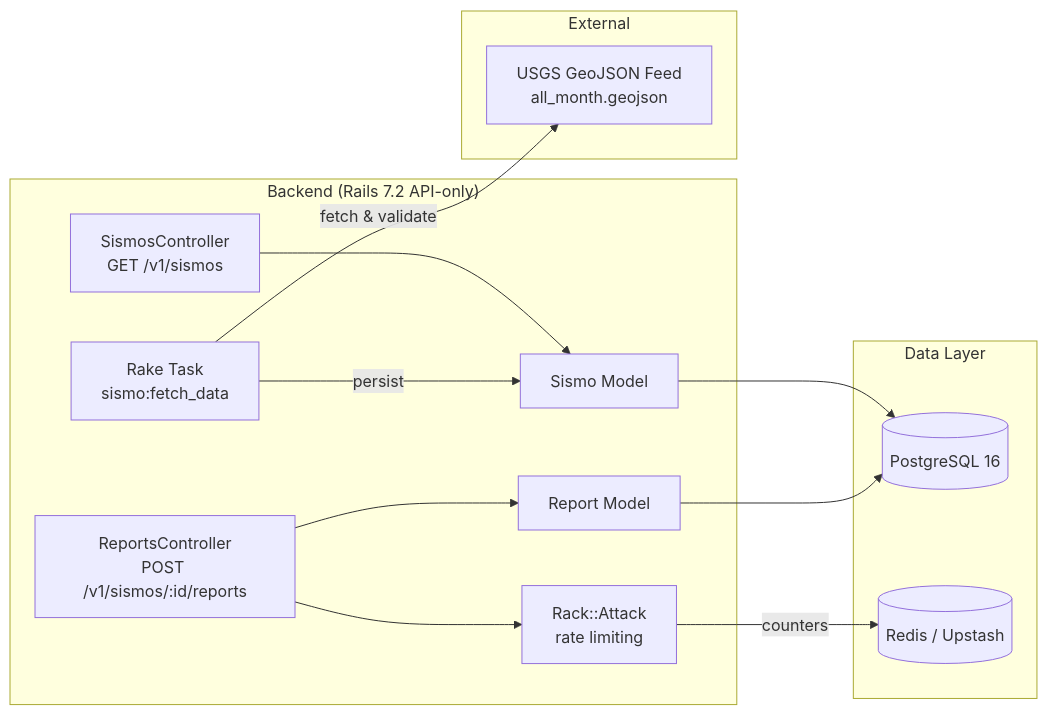
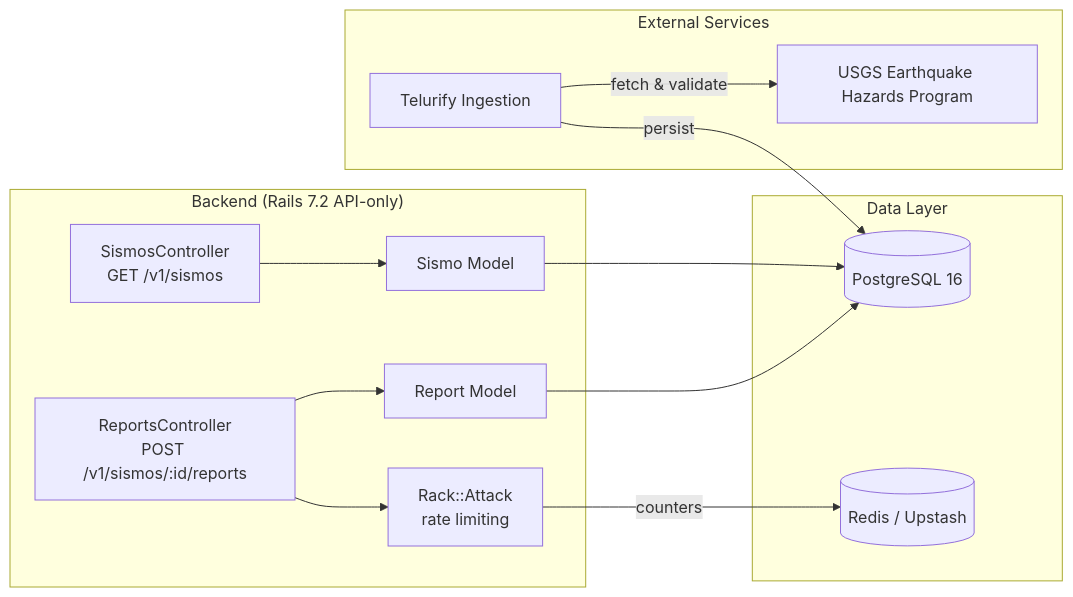
Before and after one commit to Euler-B/retoTecnicoFrogmi: the diagram in README.md, drawn with Mermaid. The commit also changed other lines of this file and 4 other files, not shown here.

Commit message:
chore: remove sismo data fetching task and related dependencies

````diff
--- a/README.md
+++ b/README.md
@@ -11,29 +11,29 @@
 ```mermaid
 flowchart LR
     subgraph Backend["Backend (Rails 7.2 API-only)"]
         RC[SismosController<br/>GET /v1/sismos]
         ReportsController[ReportsController<br/>POST /v1/sismos/:id/reports]
         SM[Sismo Model]
         RM[Report Model]
-        RT[Rake Task<br/>sismo:fetch_data]
         RA[Rack::Attack<br/>rate limiting]
     end
 
     subgraph Data["Data Layer"]
         PG[(PostgreSQL 16)]
         Redis[(Redis / Upstash)]
     end
 
-    subgraph External["External"]
-        USGS[USGS GeoJSON Feed<br/>all_month.geojson]
+    subgraph External["External Services"]
+        Ingestion[Telurify Ingestion]
+        USGS[USGS Earthquake Hazards Program]
     end
 
     RC --> SM
     ReportsController --> RM
     ReportsController --> RA
     RA -->|counters| Redis
     SM --> PG
     RM --> PG
-    RT -->|fetch & validate| USGS
-    RT -->|persist| SM
+    Ingestion -->|fetch & validate| USGS
+    Ingestion -->|persist| PG
 ```
````
